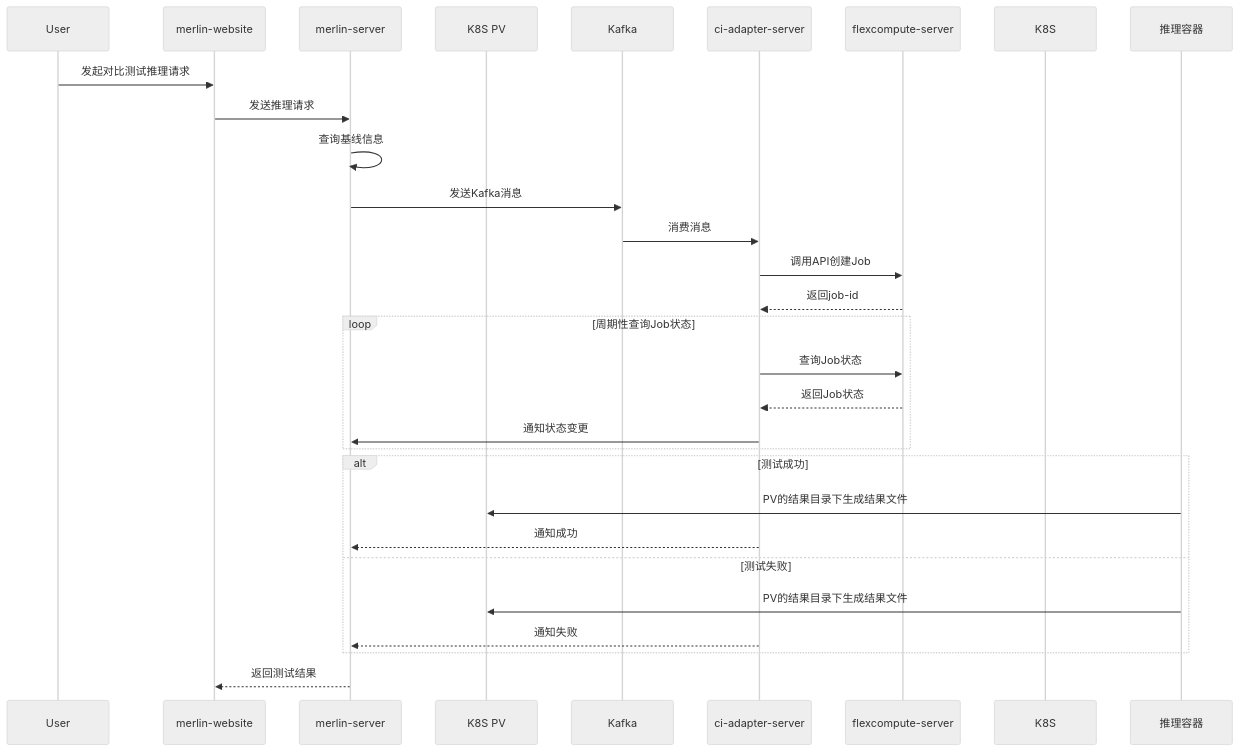
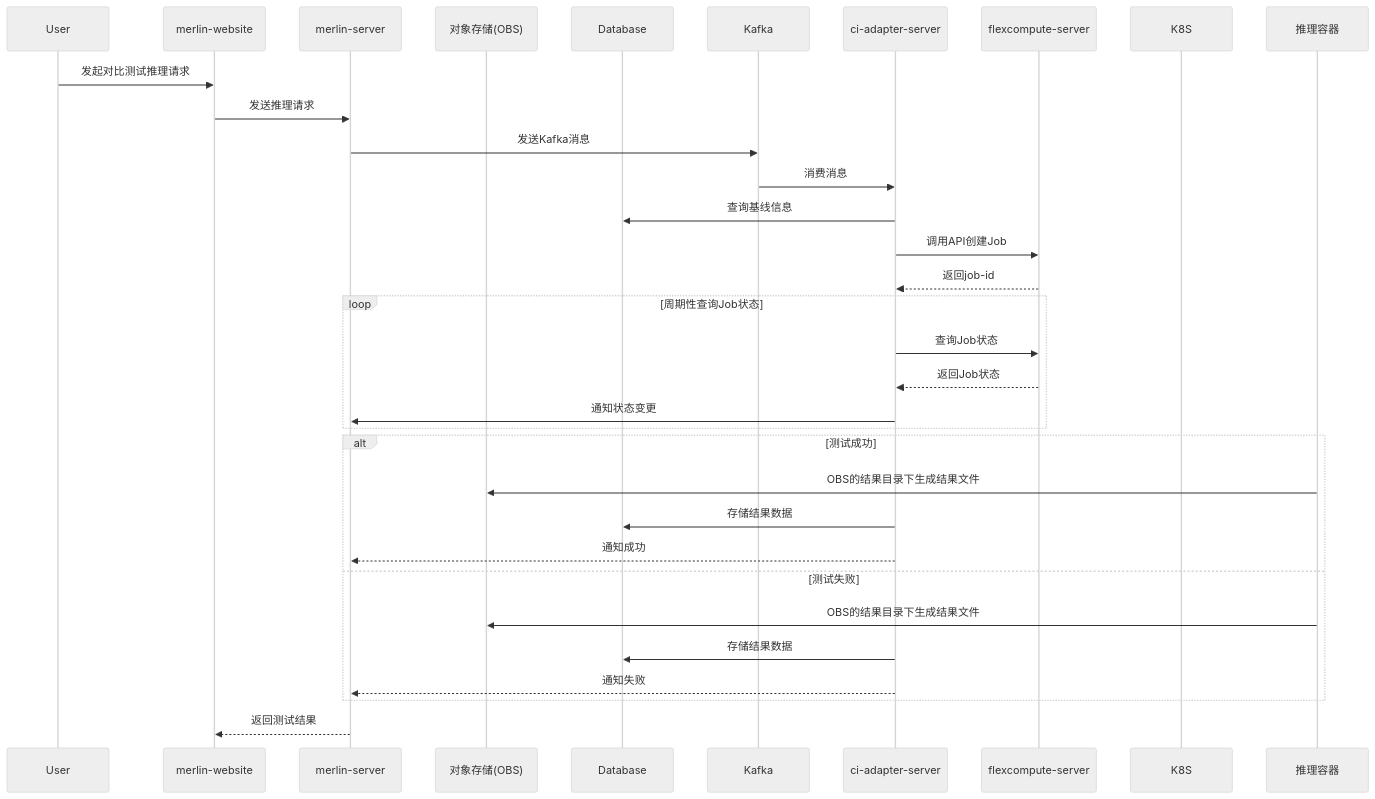
Diagram 17 of 17 in 模型精度性能测试自动化.md (pillumina/design-proposal), drawn with Mermaid (neutral theme) before and after one commit. The commit also changed other lines of this file, not shown here.

````diff
--- a/模型精度性能测试自动化.md
+++ b/模型精度性能测试自动化.md
@@ -1863,33 +1861,36 @@
 ```mermaid
 sequenceDiagram
     participant User
     participant Frontend as merlin-website
     participant Server as merlin-server
-    participant Storage as K8S PV
+    participant Storage as 对象存储(OBS)
+    participant DB as Database
     participant Kafka
     participant Adapter as ci-adapter-server
     participant Flex as flexcompute-server
     participant K8S
     participant Job as 推理容器
 
     User ->> Frontend: 发起对比测试推理请求
     Frontend ->> Server: 发送推理请求
-    Server ->> Server: 查询基线信息
     Server ->> Kafka: 发送Kafka消息
     Kafka ->> Adapter: 消费消息
+    Adapter ->> DB: 查询基线信息
     Adapter ->> Flex: 调用API创建Job
     Flex -->> Adapter: 返回job-id
     loop 周期性查询Job状态
         Adapter ->> Flex: 查询Job状态
         Flex -->> Adapter: 返回Job状态
         Adapter ->> Server: 通知状态变更
     end
     alt 测试成功
-        Job ->> Storage: PV的结果目录下生成结果文件
+        Job ->> Storage: OBS的结果目录下生成结果文件
+        Adapter ->> DB: 存储结果数据
         Adapter -->> Server: 通知成功
     else 测试失败
-    	  Job ->> Storage: PV的结果目录下生成结果文件
+    	  Job ->> Storage: OBS的结果目录下生成结果文件
+    	  Adapter ->> DB: 存储结果数据
         Adapter -->> Server: 通知失败
     end
     Server -->> Frontend: 返回测试结果
 ```
````
